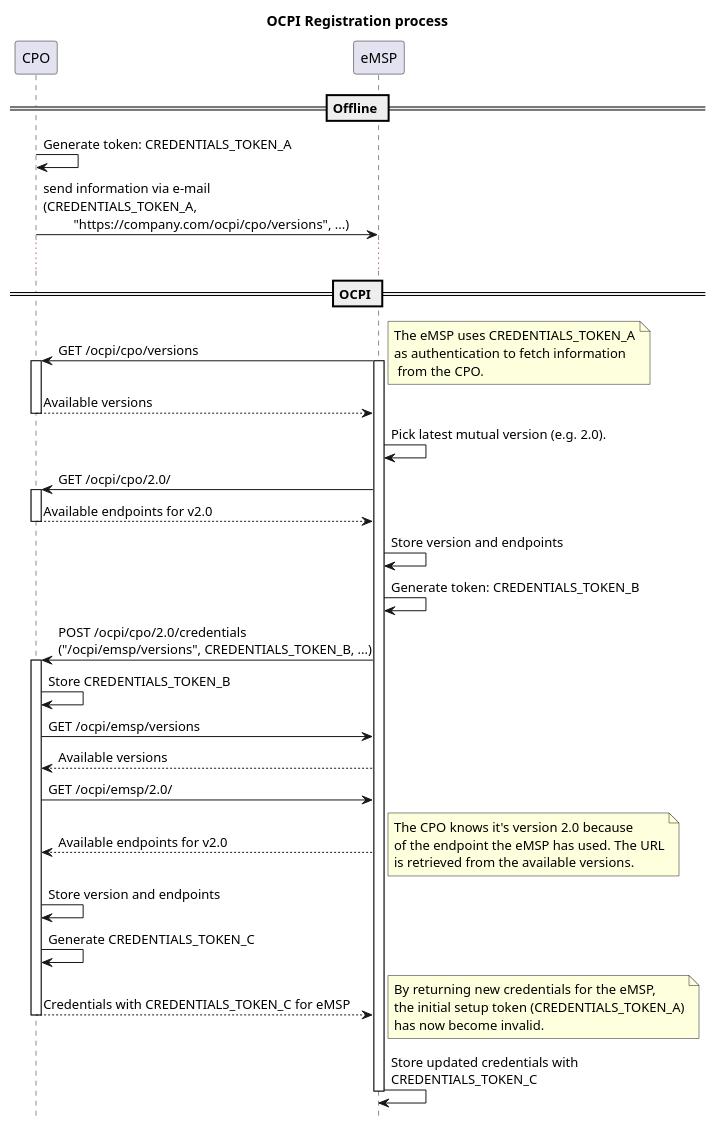
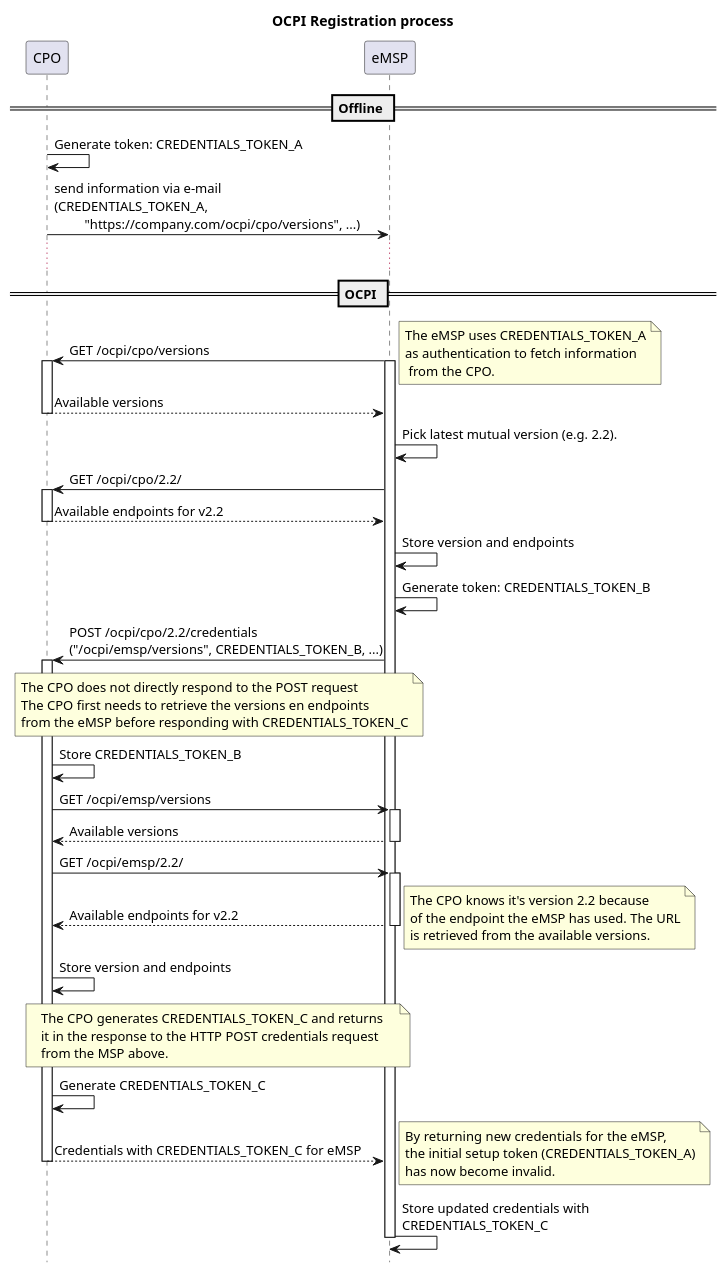
One commit to ocpi/ocpi changed the diagram in plantuml/registration-sequence.plantuml. Above: the diagram before and after it, drawn with PlantUML. The commit also changed 1 other file, not shown here.

Commit message:
Improved description and sequence diagram of registration process.

```diff
--- a/plantuml/registration-sequence.plantuml
+++ b/plantuml/registration-sequence.plantuml
@@ -1,62 +1,78 @@
 @startuml
 title OCPI Registration process
 hide footbox
 
 participant CPO
 participant eMSP
 
 == Offline ==
 
 CPO -> CPO: Generate token: CREDENTIALS_TOKEN_A
 CPO -> eMSP: send information via e-mail \n(CREDENTIALS_TOKEN_A,\n         "https://company.com/ocpi/cpo/versions", ...)
 
 ...
 
 == OCPI ==
 
 CPO <- eMSP: GET /ocpi/cpo/versions
 activate eMSP
 activate CPO
 note right
     The eMSP uses CREDENTIALS_TOKEN_A
     as authentication to fetch information
      from the CPO.
 end note
 CPO --> eMSP: Available versions
 deactivate CPO
 
-eMSP -> eMSP: Pick latest mutual version (e.g. 2.0).
-CPO <- eMSP: GET /ocpi/cpo/2.0/
+eMSP -> eMSP: Pick latest mutual version (e.g. 2.2).
+CPO <- eMSP: GET /ocpi/cpo/2.2/
 activate CPO
-CPO --> eMSP: Available endpoints for v2.0
+CPO --> eMSP: Available endpoints for v2.2
 deactivate CPO
 eMSP -> eMSP: Store version and endpoints
 eMSP -> eMSP: Generate token: CREDENTIALS_TOKEN_B
-CPO <- eMSP: POST /ocpi/cpo/2.0/credentials \n("/ocpi/emsp/versions", CREDENTIALS_TOKEN_B, ...)
+CPO <- eMSP: POST /ocpi/cpo/2.2/credentials \n("/ocpi/emsp/versions", CREDENTIALS_TOKEN_B, ...)
+
+note over CPO, eMSP
+  The CPO does not directly respond to the POST request
+  The CPO first needs to retrieve the versions en endpoints
+  from the eMSP before responding with CREDENTIALS_TOKEN_C
+end note
 
 activate CPO
 CPO -> CPO: Store CREDENTIALS_TOKEN_B
 CPO -> eMSP: GET /ocpi/emsp/versions
+activate eMSP
 CPO <-- eMSP: Available versions
-CPO -> eMSP: GET /ocpi/emsp/2.0/
-CPO <-- eMSP: Available endpoints for v2.0
+deactivate eMSP
+CPO -> eMSP: GET /ocpi/emsp/2.2/
+activate eMSP
+CPO <-- eMSP: Available endpoints for v2.2
+deactivate eMSP
 note right
-    The CPO knows it's version 2.0 because
+    The CPO knows it's version 2.2 because
     of the endpoint the eMSP has used. The URL
     is retrieved from the available versions.
 end note
 CPO -> CPO: Store version and endpoints
+note over CPO, eMSP
+  The CPO generates CREDENTIALS_TOKEN_C and returns 
+  it in the response to the HTTP POST credentials request 
+  from the MSP above. 
+end note
 CPO -> CPO: Generate CREDENTIALS_TOKEN_C
 CPO --> eMSP: Credentials with CREDENTIALS_TOKEN_C for eMSP
 deactivate CPO
+
 
 note right
     By returning new credentials for the eMSP,
     the initial setup token (CREDENTIALS_TOKEN_A)
     has now become invalid.
 end note
 eMSP -> eMSP: Store updated credentials with\nCREDENTIALS_TOKEN_C
 
 deactivate eMSP
 
 @enduml
```
